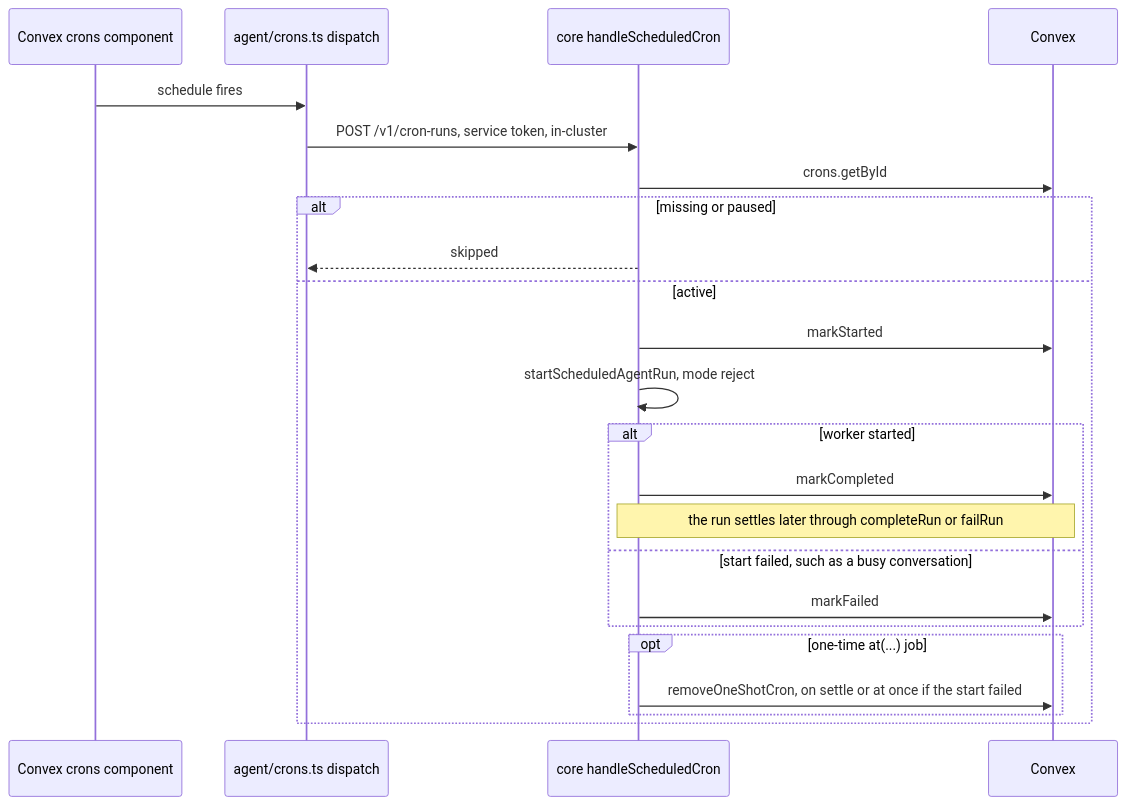
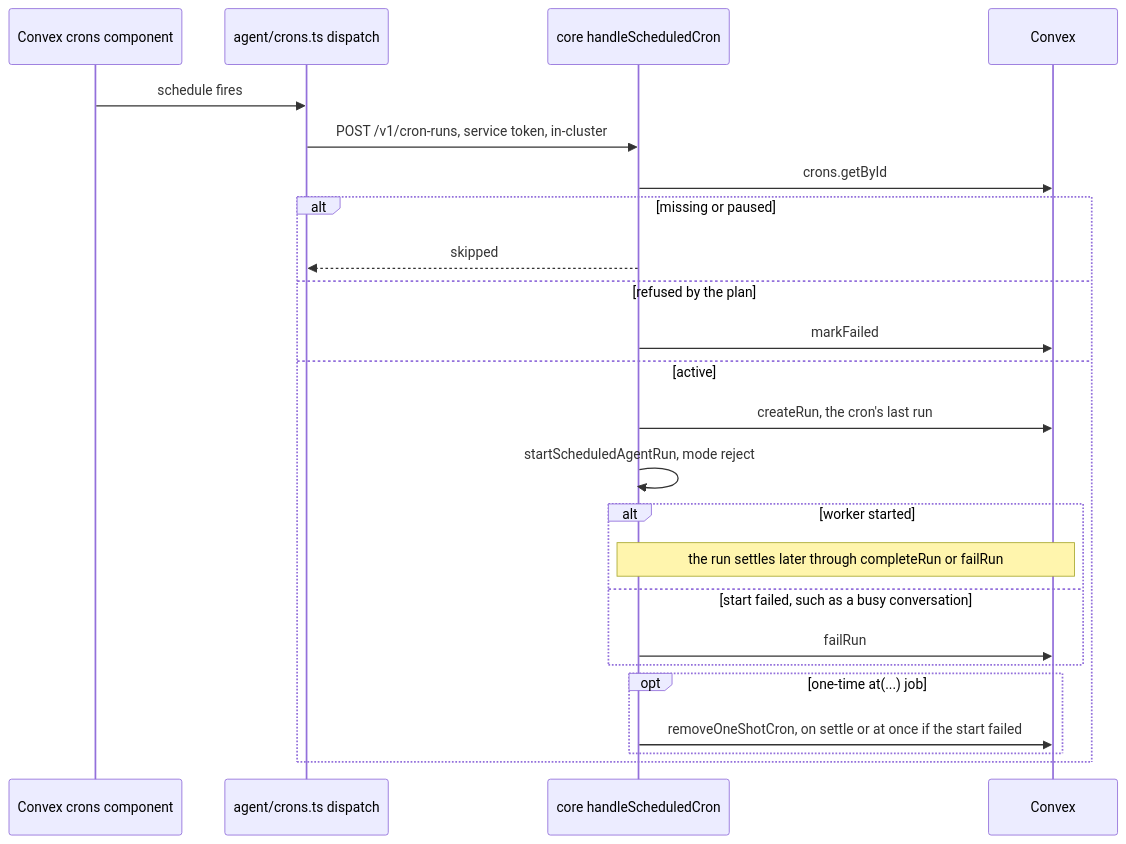
One commit to beeblastco/broods changed the fourth of 6 diagrams in apps/docs/docs/internals/architecture.md. Above: the diagram before and after it, drawn with Mermaid. The commit also changed other lines of this file and 9 other files, not shown here.

First line of the commit message:
fix(crons): show the latest run's status on the cron job (#707)

````diff
--- a/apps/docs/docs/internals/architecture.md
+++ b/apps/docs/docs/internals/architecture.md
@@ -176,25 +176,26 @@
 ```mermaid
 sequenceDiagram
   participant S as Convex crons component
   participant D as agent/crons.ts dispatch
   participant H as core handleScheduledCron
   participant X as Convex
   S->>D: schedule fires
   D->>H: POST /v1/cron-runs, service token, in-cluster
   H->>X: crons.getById
   alt missing or paused
     H-->>D: skipped
+  else refused by the plan
+    H->>X: markFailed
   else active
-    H->>X: markStarted
+    H->>X: createRun, the cron's last run
     H->>H: startScheduledAgentRun, mode reject
     alt worker started
-      H->>X: markCompleted
       Note over H,X: the run settles later through completeRun or failRun
     else start failed, such as a busy conversation
-      H->>X: markFailed
+      H->>X: failRun
     end
     opt one-time at(...) job
       H->>X: removeOneShotCron, on settle or at once if the start failed
     end
   end
 ```
````
